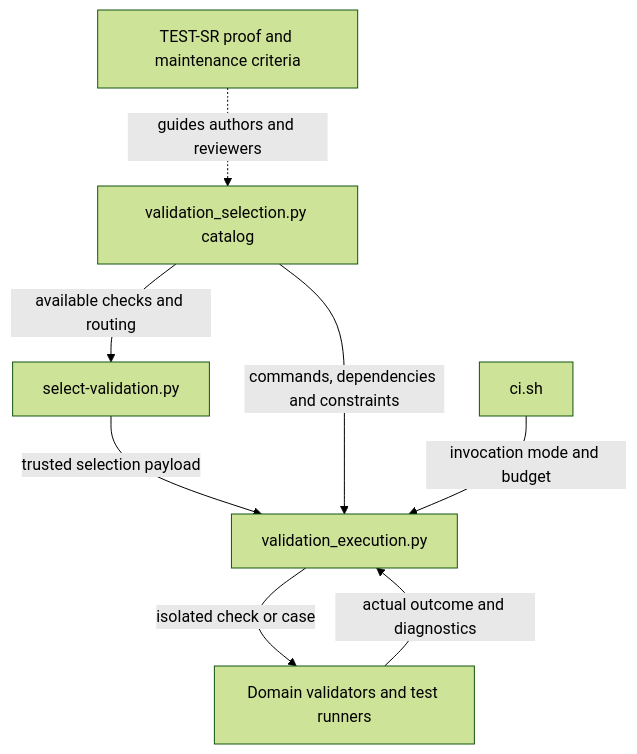
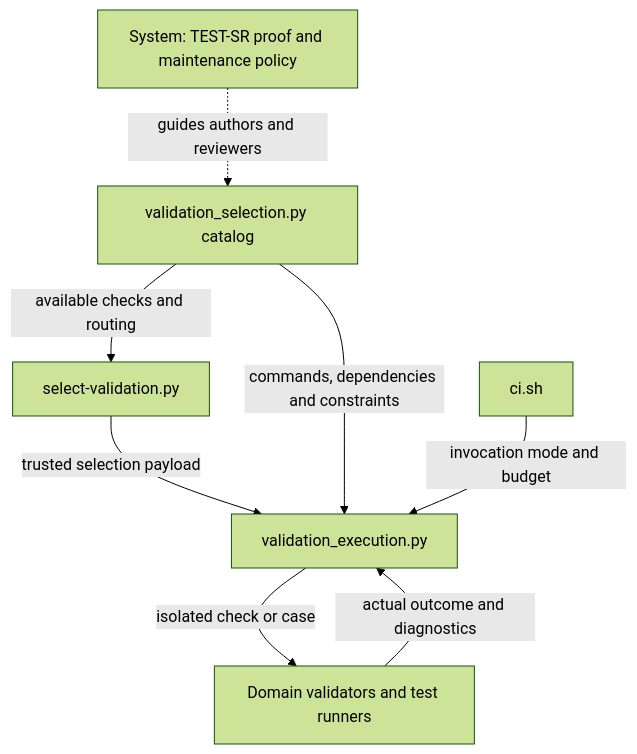
The second of 5 diagrams in docs/design/engineering/validation.md (xiongxianfei/rigorloop), drawn with Mermaid (forest theme) before and after one commit. The commit also changed other lines of this file and 112 other files, not shown here.

````diff
--- a/docs/design/engineering/validation.md
+++ b/docs/design/engineering/validation.md
@@ -61,10 +62,10 @@
 ```mermaid
 flowchart TB
-    Criteria["TEST-SR proof and maintenance criteria"] -.->|"guides authors and reviewers"| Catalog["validation_selection.py catalog"]
+    Criteria["System: TEST-SR proof and maintenance policy"] -.->|"guides authors and reviewers"| Catalog["validation_selection.py catalog"]
     Catalog -->|"available checks and routing"| Selector["select-validation.py"]
     Selector -->|"trusted selection payload"| Executor["validation_execution.py"]
     Catalog -->|"commands, dependencies and constraints"| Executor
     Wrapper["ci.sh"] -->|"invocation mode and budget"| Executor
     Executor -->|"isolated check or case"| Domain["Domain validators and test runners"]
     Domain -->|"actual outcome and diagnostics"| Executor
 ```
````
